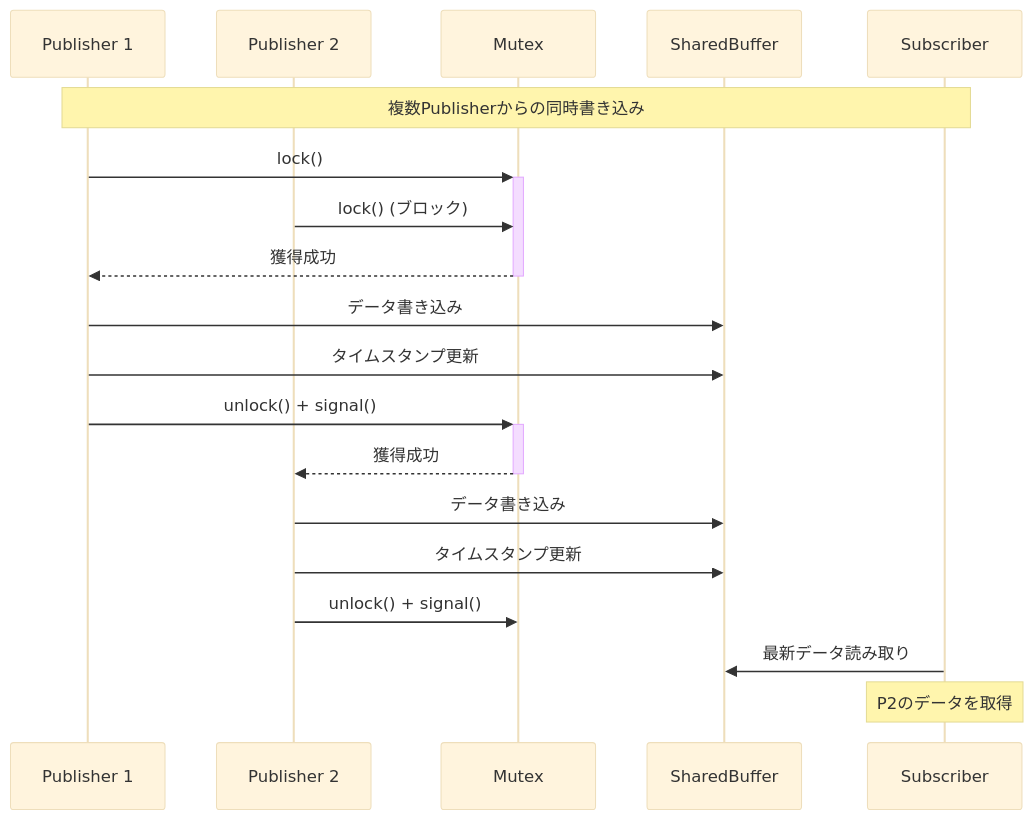
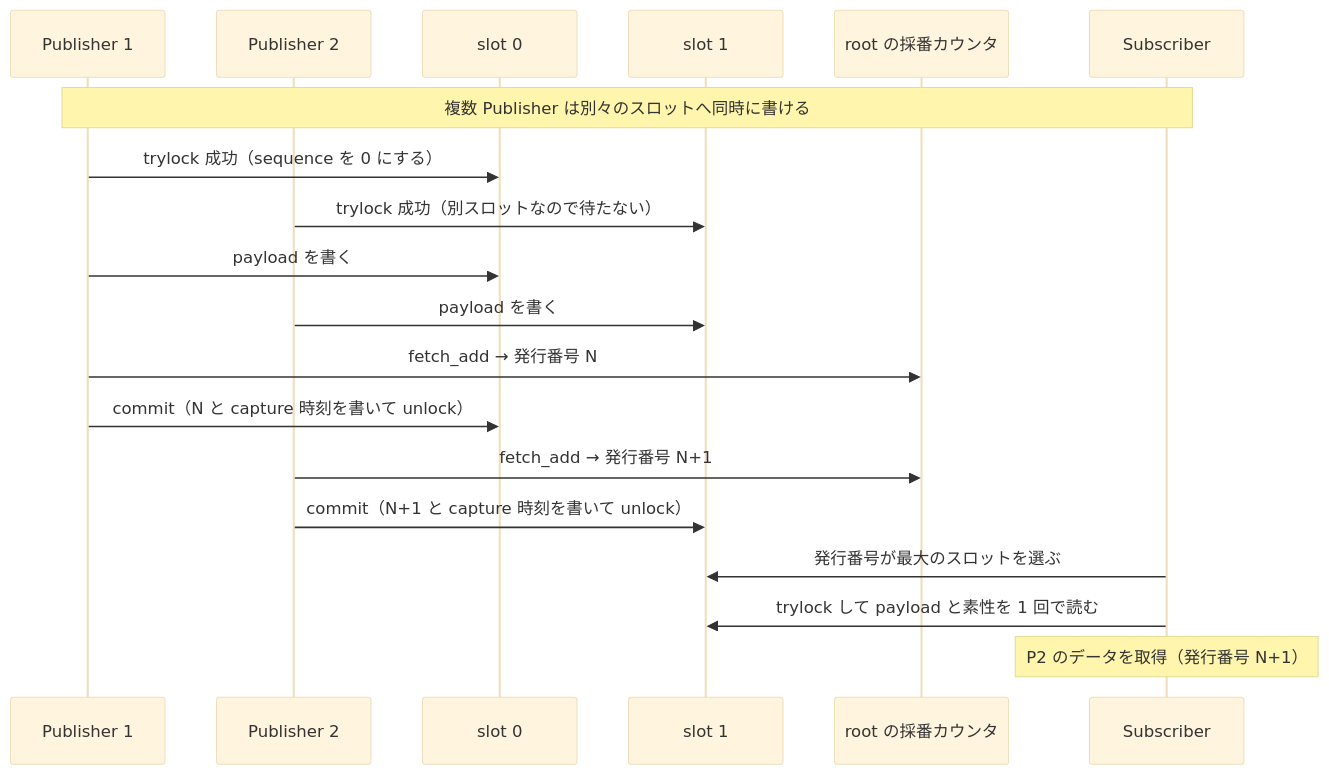
Before and after one commit to REACT-ROBOT/shared-memory-based-handy-communication-manager: diagram 13 of 17 in manual/spec_jp.md, drawn with Mermaid (base theme). The commit also changed other lines of this file and 4 other files, not shown here.

```diff
--- a/manual/spec_jp.md
+++ b/manual/spec_jp.md
@@ -554,26 +718,26 @@
 <div class="mermaid">
 sequenceDiagram
     participant P1 as Publisher 1
     participant P2 as Publisher 2
-    participant Mutex as Mutex
-    participant Buffer as SharedBuffer
+    participant S0 as slot 0
+    participant S1 as slot 1
+    participant Root as root の採番カウンタ
     participant S as Subscriber
-    
-    Note over P1,S: 複数Publisherからの同時書き込み
-    
-    P1->>+Mutex: lock()
-    P2->>Mutex: lock() (ブロック)
-    Mutex-->>-P1: 獲得成功
-    
-    P1->>Buffer: データ書き込み
-    P1->>Buffer: タイムスタンプ更新
-    P1->>+Mutex: unlock() + signal()
-    Mutex-->>-P2: 獲得成功
-    
-    P2->>Buffer: データ書き込み
-    P2->>Buffer: タイムスタンプ更新
-    P2->>Mutex: unlock() + signal()
-    
-    S->>Buffer: 最新データ読み取り
-    Note over S: P2のデータを取得
+
+    Note over P1,S: 複数 Publisher は別々のスロットへ同時に書ける
+
+    P1->>S0: trylock 成功（sequence を 0 にする）
+    P2->>S1: trylock 成功（別スロットなので待たない）
+
+    P1->>S0: payload を書く
+    P2->>S1: payload を書く
+
+    P1->>Root: fetch_add → 発行番号 N
+    P1->>S0: commit（N と capture 時刻を書いて unlock）
+    P2->>Root: fetch_add → 発行番号 N+1
+    P2->>S1: commit（N+1 と capture 時刻を書いて unlock）
+
+    S->>S1: 発行番号が最大のスロットを選ぶ
+    S->>S1: trylock して payload と素性を 1 回で読む
+    Note over S: P2 のデータを取得（発行番号 N+1）
 </div>
```
